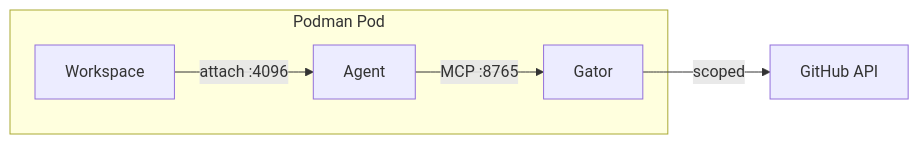
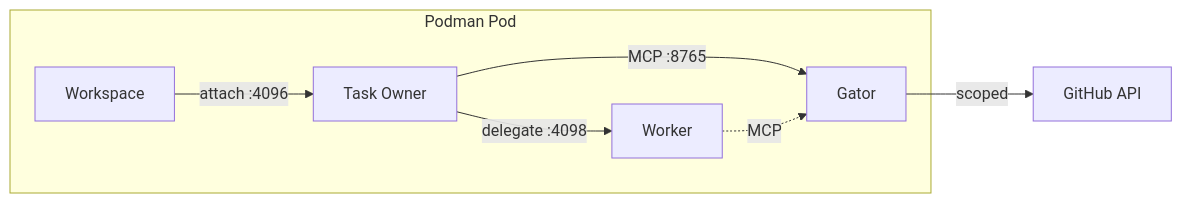
One commit to arewm/devaipod changed the diagram in docs/src/intro.md. Above: the diagram before and after it, drawn with Mermaid. The commit also changed other lines of this file and 2 other files, not shown here.

First line of the commit message:
docs: Update for multi-agent (task owner + worker) architecture

````diff
--- a/docs/src/intro.md
+++ b/docs/src/intro.md
@@ -33,11 +34,14 @@
 ```mermaid
 flowchart LR
     subgraph pod[Podman Pod]
         workspace[Workspace]
-        agent[Agent]
+        owner[Task Owner]
+        worker[Worker]
         gator[Gator]
     end
-    workspace -->|attach :4096| agent
-    agent -->|MCP :8765| gator
+    workspace -->|attach :4096| owner
+    owner -->|delegate :4098| worker
+    owner -->|MCP :8765| gator
+    worker -.->|MCP| gator
     gator -->|scoped| github[GitHub API]
 ```
````
